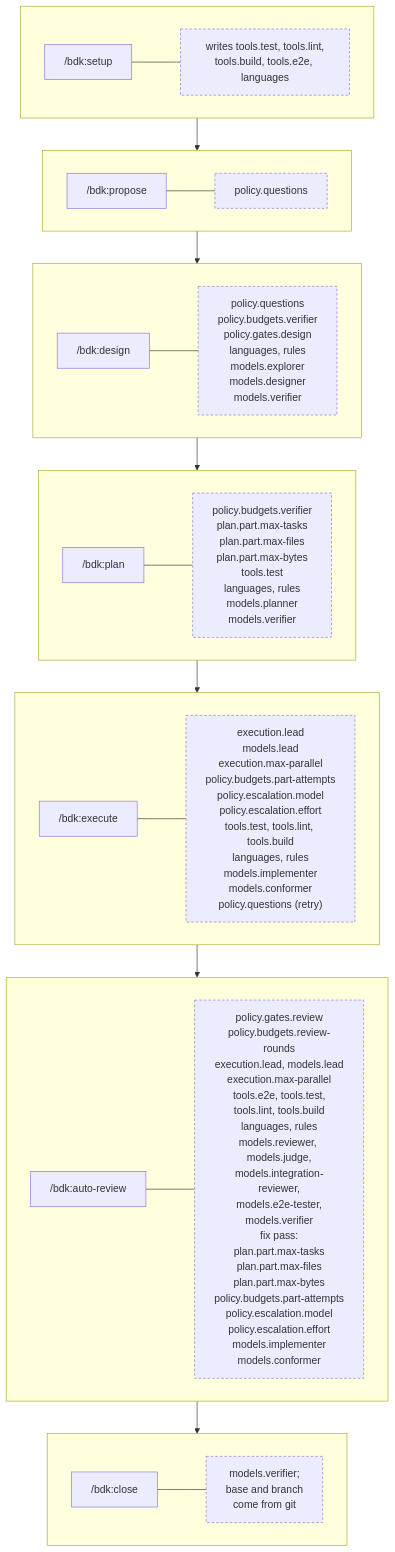
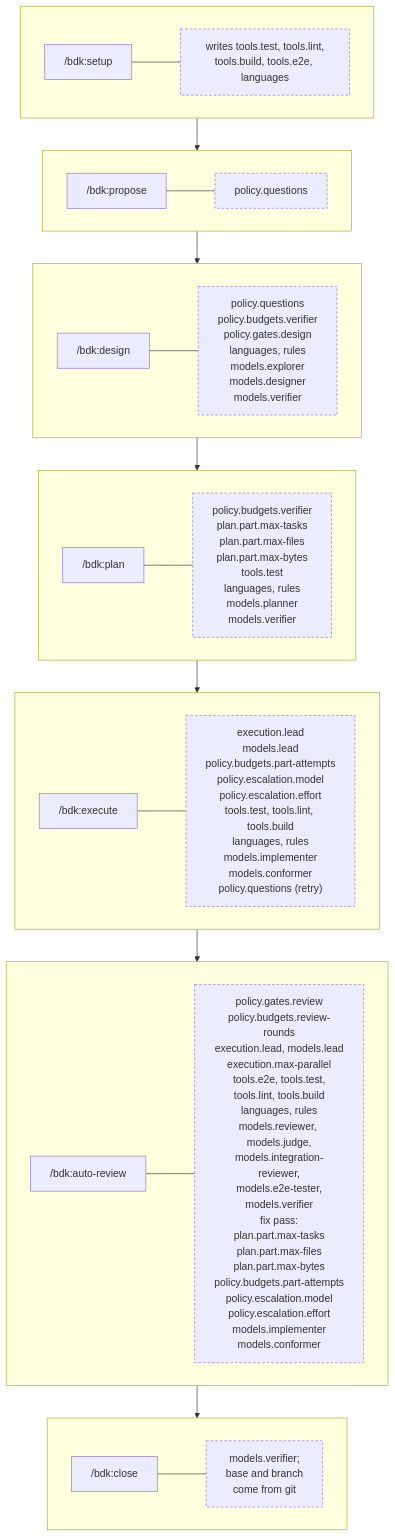
The fourth of 6 diagrams in docs/concepts/cli-config-hooks.md (broneq/bdk), drawn with Mermaid before and after one commit. The commit also changed other lines of this file and 185 other files, not shown here.

First line of the commit message:
feat(execute)!: build every part in the main checkout, one at a time

````diff
--- a/docs/concepts/cli-config-hooks.md
+++ b/docs/concepts/cli-config-hooks.md
@@ -91,39 +91,39 @@
 ```mermaid
 flowchart TB
   subgraph R0[" "]
     direction LR
     S0["/bdk:setup"] --- C0["writes tools.test, tools.lint,<br/>tools.build, tools.e2e, languages"]
   end
   subgraph R1[" "]
     direction LR
     S1["/bdk:propose"] --- C1["policy.questions"]
   end
   subgraph R2[" "]
     direction LR
     S2["/bdk:design"] --- C2["policy.questions<br/>policy.budgets.verifier<br/>policy.gates.design<br/>languages, rules<br/>models.explorer<br/>models.designer<br/>models.verifier"]
   end
   subgraph R3[" "]
     direction LR
     S3["/bdk:plan"] --- C3["policy.budgets.verifier<br/>plan.part.max-tasks<br/>plan.part.max-files<br/>plan.part.max-bytes<br/>tools.test<br/>languages, rules<br/>models.planner<br/>models.verifier"]
   end
   subgraph R4[" "]
     direction LR
-    S4["/bdk:execute"] --- C4["execution.lead<br/>models.lead<br/>execution.max-parallel<br/>policy.budgets.part-attempts<br/>policy.escalation.model<br/>policy.escalation.effort<br/>tools.test, tools.lint, tools.build<br/>languages, rules<br/>models.implementer<br/>models.conformer<br/>policy.questions (retry)"]
+    S4["/bdk:execute"] --- C4["execution.lead<br/>models.lead<br/>policy.budgets.part-attempts<br/>policy.escalation.model<br/>policy.escalation.effort<br/>tools.test, tools.lint, tools.build<br/>languages, rules<br/>models.implementer<br/>models.conformer<br/>policy.questions (retry)"]
   end
   subgraph R5[" "]
     direction LR
     S5["/bdk:auto-review"] --- C5["policy.gates.review<br/>policy.budgets.review-rounds<br/>execution.lead, models.lead<br/>execution.max-parallel<br/>tools.e2e, tools.test,<br/>tools.lint, tools.build<br/>languages, rules<br/>models.reviewer, models.judge,<br/>models.integration-reviewer,<br/>models.e2e-tester,<br/>models.verifier<br/>fix pass:<br/>plan.part.max-tasks<br/>plan.part.max-files<br/>plan.part.max-bytes<br/>policy.budgets.part-attempts<br/>policy.escalation.model<br/>policy.escalation.effort<br/>models.implementer<br/>models.conformer"]
   end
   subgraph R6[" "]
     direction LR
     S6["/bdk:close"] --- C6["models.verifier;<br/>base and branch<br/>come from git"]
   end
   R0 --> R1
   R1 --> R2
   R2 --> R3
   R3 --> R4
   R4 --> R5
   R5 --> R6
   classDef aside stroke-dasharray:4 3
   class C0,C1,C2,C3,C4,C5,C6 aside
 ```
````
